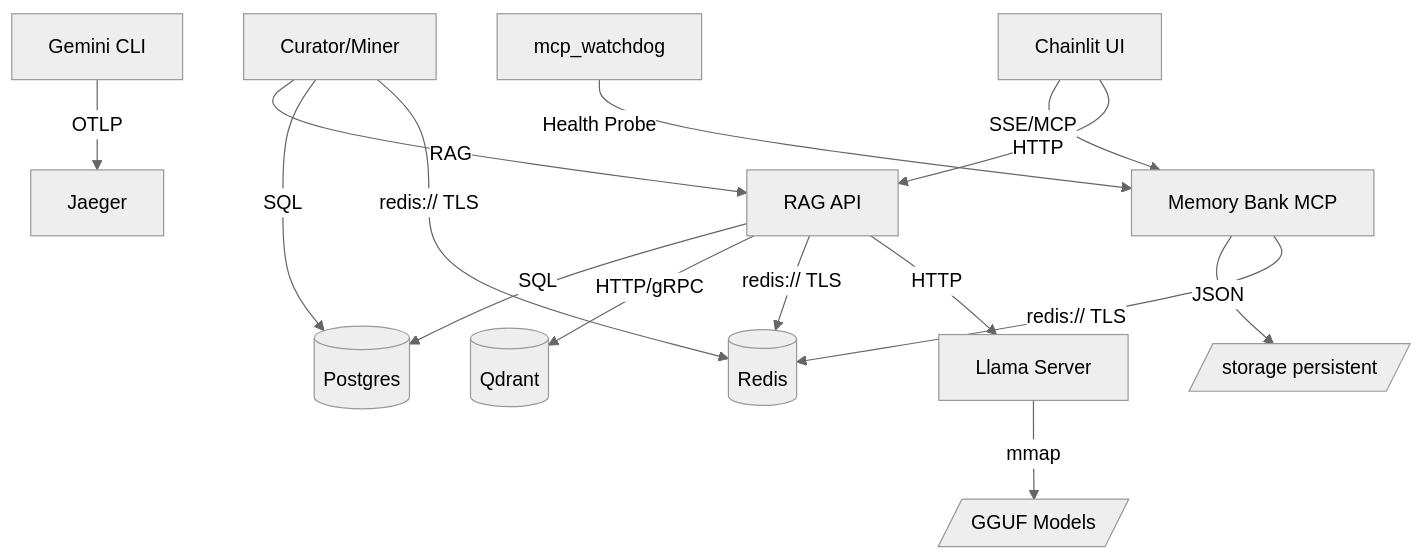
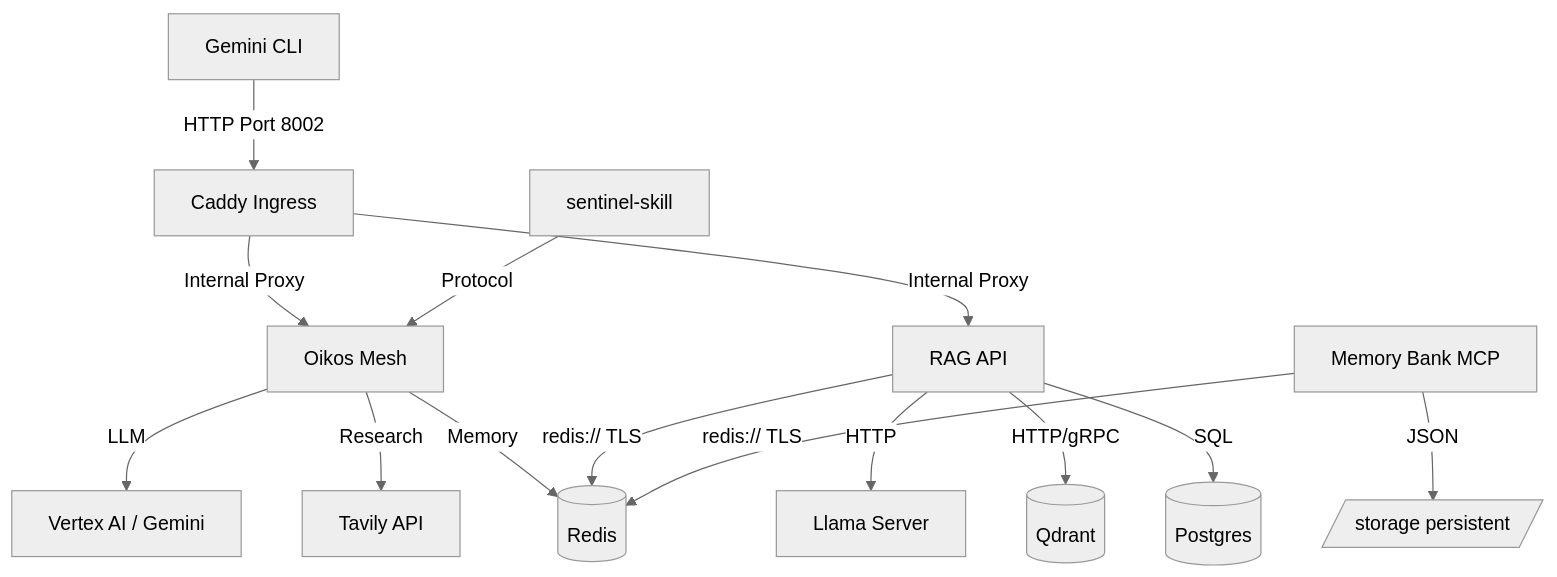
One commit to Xoe-NovAi/xoe-novai-foundation changed the diagram in docs/architecture/METROPOLIS_WIRING_MAP.md. Above: the diagram before and after it, drawn with Mermaid (neutral theme). The commit also changed other lines of this file and 1136 other files, not shown here.

````diff
--- a/docs/architecture/METROPOLIS_WIRING_MAP.md
+++ b/docs/architecture/METROPOLIS_WIRING_MAP.md
@@ -43,22 +44,20 @@
 ```mermaid
 graph TD
-    CLI[Gemini CLI] -->|OTLP| Jaeger[Jaeger]
-    UI[Chainlit UI] -->|HTTP| RAG[RAG API]
-    UI -->|SSE/MCP| MB[Memory Bank MCP]
+    CLI[Gemini CLI] -->|HTTP Port 8002| Caddy[Caddy Ingress]
+    Caddy -->|Internal Proxy| Oikos[Oikos Mesh]
+    Caddy -->|Internal Proxy| RAG[RAG API]
+    
+    Oikos -->|LLM| Vertex[Vertex AI / Gemini]
+    Oikos -->|Research| Tavily[Tavily API]
+    Oikos -->|Memory| Redis[(Redis)]
     
     RAG -->|HTTP| LLAMA[Llama Server]
     RAG -->|redis:// TLS| Redis[(Redis)]
     RAG -->|HTTP/gRPC| Qdrant[(Qdrant)]
     RAG -->|SQL| Postgres[(Postgres)]
     
-    MB -->|redis:// TLS| Redis
+    MB[Memory Bank MCP] -->|redis:// TLS| Redis
     MB -->|JSON| storage[/storage persistent/]
     
-    LLAMA -->|mmap| Models[/GGUF Models/]
-    
-    Worker[Curator/Miner] -->|redis:// TLS| Redis
-    Worker -->|SQL| Postgres
-    Worker -->|RAG| RAG
-    
-    Sentinel[mcp_watchdog] -->|Health Probe| MB
+    Sentinel[sentinel-skill] -->|Protocol| Oikos
 ```
````
